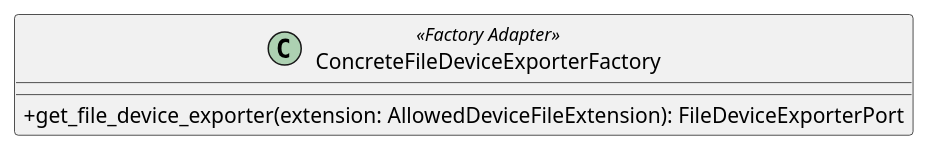
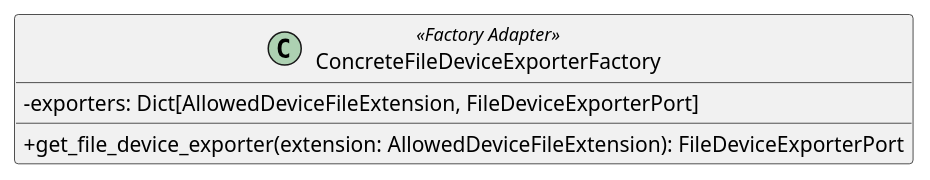
One commit to GroupRubberDuck/Documentazione changed the diagram in src/PB/DocumentazioneEsterna/Specifica_Tecnica/content/uml/puml/Diagrammi_classi/Backend/OutboundAdapters/ConcreteFileDeviceExporterFactory.puml. Above: the diagram before and after it, drawn with PlantUML. The commit also changed 34 other files, not shown here.

```diff
--- a/src/PB/DocumentazioneEsterna/Specifica_Tecnica/content/uml/puml/Diagrammi_classi/Backend/OutboundAdapters/ConcreteFileDeviceExporterFactory.puml
+++ b/src/PB/DocumentazioneEsterna/Specifica_Tecnica/content/uml/puml/Diagrammi_classi/Backend/OutboundAdapters/ConcreteFileDeviceExporterFactory.puml
@@ -1,7 +1,8 @@
 @startuml ConcreteFileDeviceExporterFactory
 skinparam classAttributeIconSize 0
 class ConcreteFileDeviceExporterFactory <<Factory Adapter>> {
+    - exporters: Dict[AllowedDeviceFileExtension, FileDeviceExporterPort]
     + get_file_device_exporter(extension: AllowedDeviceFileExtension): FileDeviceExporterPort
 }
 
 @enduml
```
